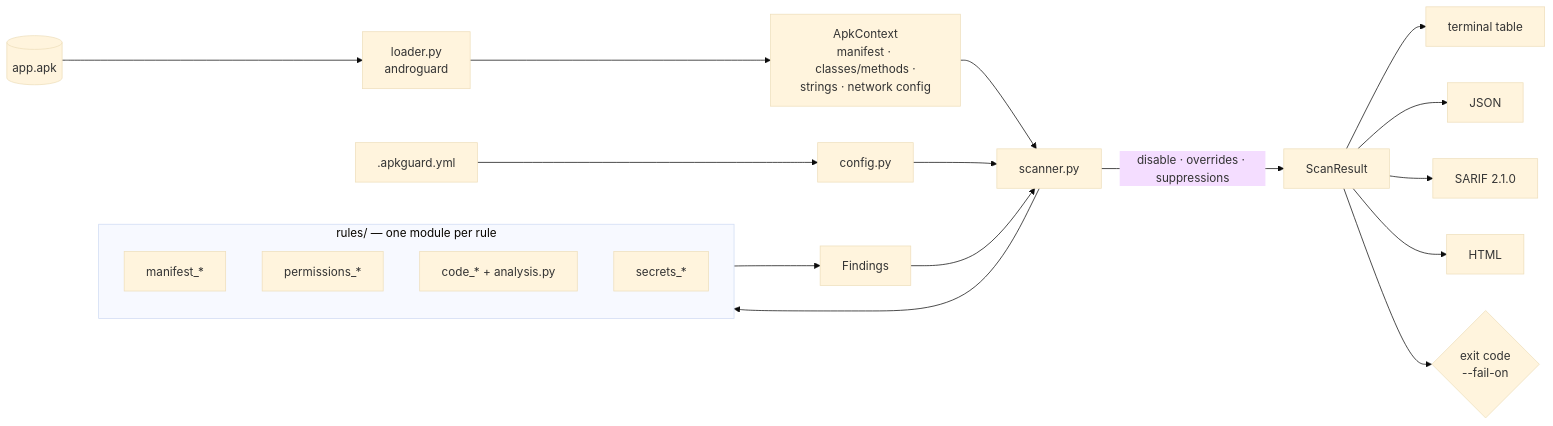
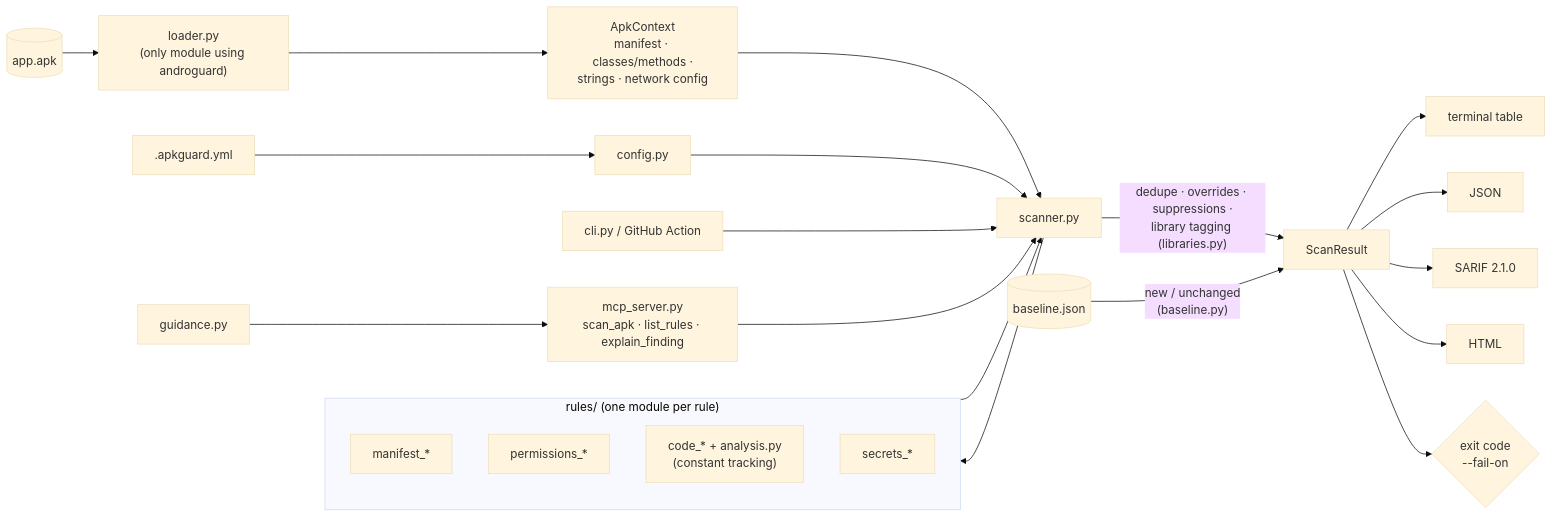
One commit to redoanulrusho/apkguard changed the diagram in README.md. Above: the diagram before and after it, drawn with Mermaid (base theme). The commit also changed other lines of this file and 7 other files, not shown here.

````diff
--- a/README.md
+++ b/README.md
@@ -310,23 +378,29 @@
 ```mermaid
 flowchart LR
-    APK[(app.apk)] --> L[loader.py<br/>androguard]
+    APK[(app.apk)] --> L["loader.py<br/>(only module using androguard)"]
+    L --> CTX["ApkContext<br/>manifest · classes/methods ·<br/>strings · network config"]
     CFG[.apkguard.yml] --> C[config.py]
-    L --> CTX[ApkContext<br/>manifest · classes/methods ·<br/>strings · network config]
+
+    subgraph Rules ["rules/ (one module per rule)"]
+        M[manifest_*]
+        P[permissions_*]
+        CO["code_* + analysis.py<br/>(constant tracking)"]
+        SE[secrets_*]
+    end
+
     CTX --> S[scanner.py]
     C --> S
-    subgraph Rules [rules/ — one module per rule]
-        M[manifest_*]
-        P[permissions_*]
-        CO[code_* + analysis.py]
-        SE[secrets_*]
-    end
-    S --> Rules
-    Rules --> F[Findings]
-    F --> S
-    S -->|disable · overrides · suppressions| R[ScanResult]
+    S --> Rules --> S
+    S -->|"dedupe · overrides · suppressions ·<br/>library tagging (libraries.py)"| R[ScanResult]
+    BL[(baseline.json)] -->|"new / unchanged<br/>(baseline.py)"| R
+
     R --> T[terminal table]
     R --> J[JSON]
     R --> SA[SARIF 2.1.0]
     R --> H[HTML]
-    R --> X{exit code<br/>--fail-on}
+    R --> X{"exit code<br/>--fail-on"}
+
+    CLI[cli.py / GitHub Action] --> S
+    MCP["mcp_server.py<br/>scan_apk · list_rules · explain_finding"] --> S
+    G[guidance.py] --> MCP
 ```
````
